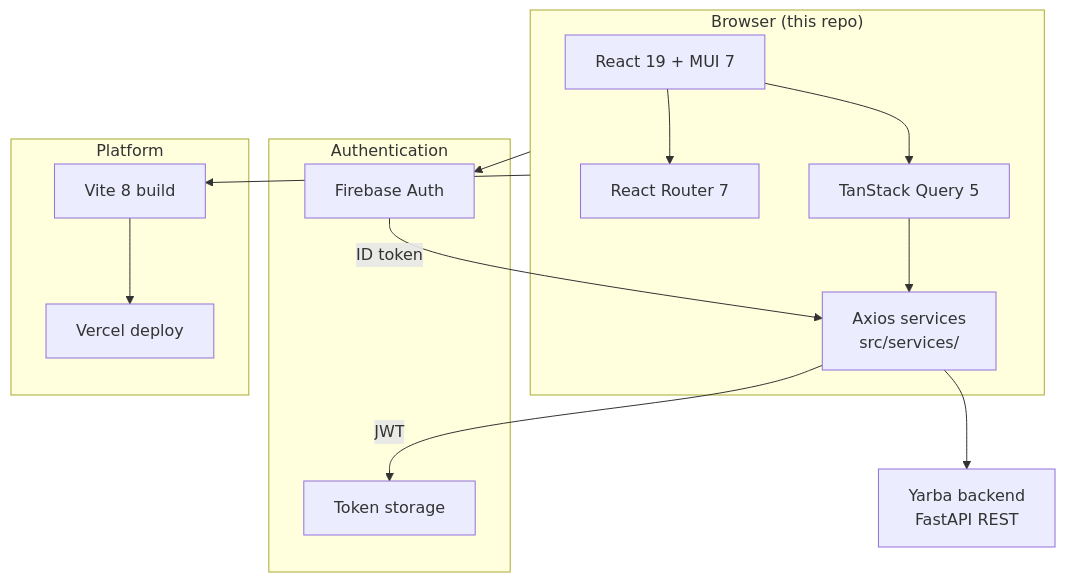
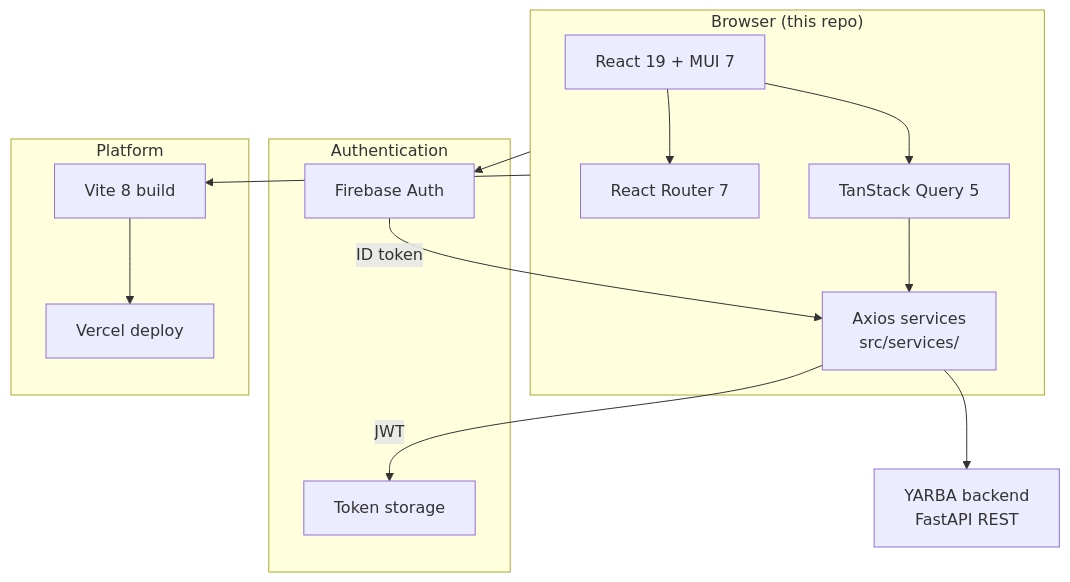
Before and after one commit to mujakayadan/yarba-frontend: the first of 4 diagrams in README.md, drawn with Mermaid. The commit also changed other lines of this file and 33 other files, not shown here.

````diff
--- a/README.md
+++ b/README.md
@@ -75,28 +78,28 @@
 ```mermaid
 flowchart TB
   subgraph client["Browser (this repo)"]
     UI["React 19 + MUI 7"]
     Router["React Router 7"]
     Query["TanStack Query 5"]
     Services["Axios services<br/>src/services/"]
     UI --> Router
     UI --> Query
     Query --> Services
   end
 
   subgraph auth["Authentication"]
     Firebase["Firebase Auth"]
     Firebase -->|"ID token"| Services
     Services -->|"JWT"| Local["Token storage"]
   end
 
   subgraph platform["Platform"]
     Vite["Vite 8 build"]
     Vercel["Vercel deploy"]
     Vite --> Vercel
   end
 
-  Services --> API["Yarba backend<br/>FastAPI REST"]
+  Services --> API["YARBA backend<br/>FastAPI REST"]
   client --> Firebase
   client --> Vite
 ```
````
